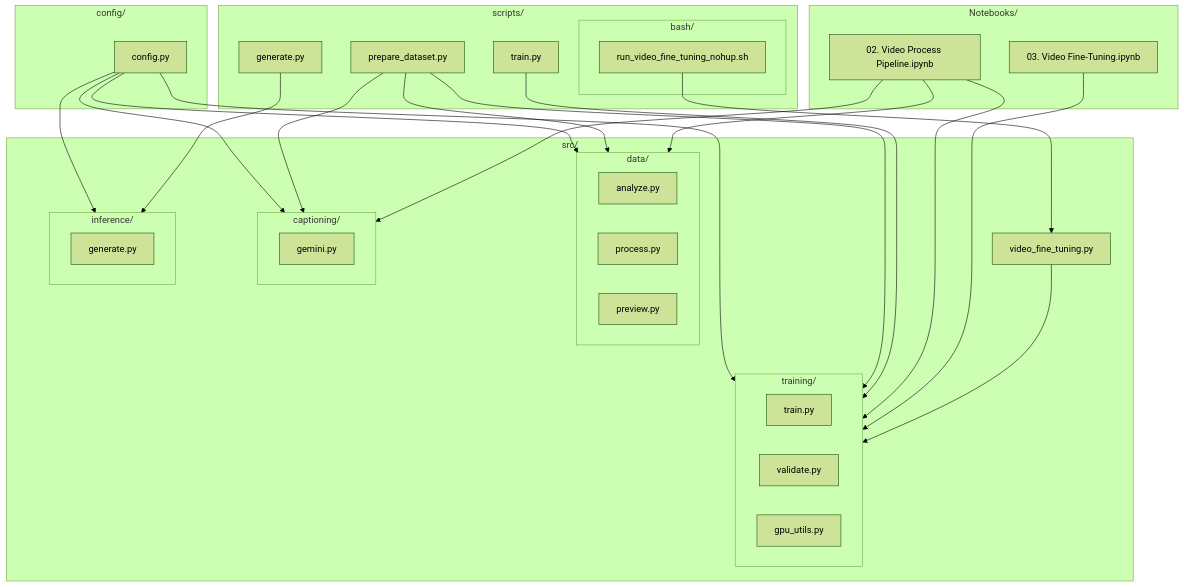
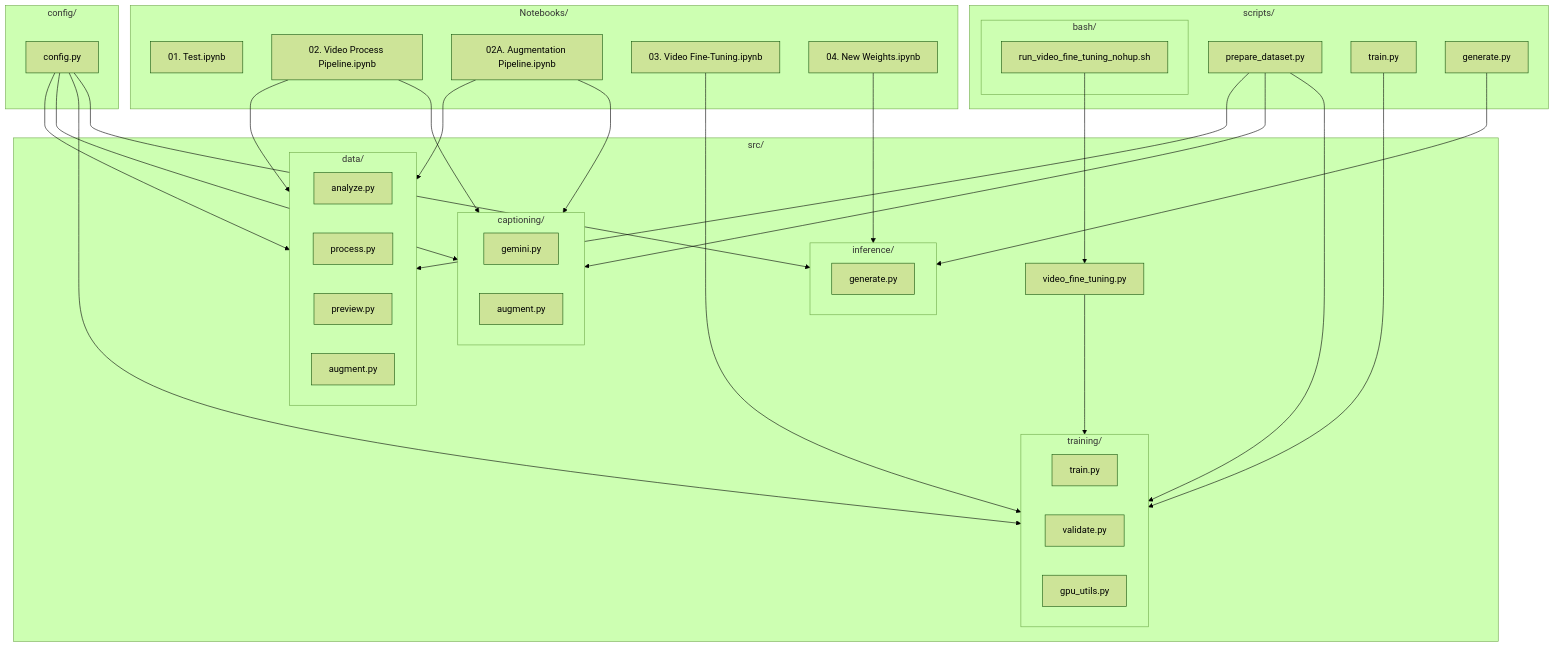
One commit to Francisco-Reveriano/MultiModal_Video_Model changed the second of 2 diagrams in README.md. Above: the diagram before and after it, drawn with Mermaid (forest theme). The commit also changed other lines of this file, not shown here.

Commit message:
Update README with augmentation pipeline, revised training config, and new notebooks

````diff
--- a/README.md
+++ b/README.md
@@ -40,56 +42,63 @@
 ```mermaid
 flowchart TD
     subgraph config_mod [config/]
         CFG[config.py]
     end
 
     subgraph src_mod [src/]
         VFT[video_fine_tuning.py]
         subgraph data_mod [data/]
             AN[analyze.py]
             PR[process.py]
             PV[preview.py]
+            AUG[augment.py]
         end
         subgraph cap_mod [captioning/]
             GE[gemini.py]
+            CA[augment.py]
         end
         subgraph train_mod [training/]
             TR[train.py]
             VA[validate.py]
             GP[gpu_utils.py]
         end
         subgraph infer_mod [inference/]
             GEN[generate.py]
         end
     end
 
     subgraph scripts_mod [scripts/]
         SPD[prepare_dataset.py]
         STR[train.py]
         SGN[generate.py]
         subgraph bash_mod [bash/]
             NOHUP[run_video_fine_tuning_nohup.sh]
         end
     end
 
     subgraph notebooks_mod [Notebooks/]
+        NB1[01. Test.ipynb]
         NB2[02. Video Process Pipeline.ipynb]
+        NB2A[02A. Augmentation Pipeline.ipynb]
         NB3[03. Video Fine-Tuning.ipynb]
+        NB4[04. New Weights.ipynb]
     end
 
     CFG --> data_mod
     CFG --> cap_mod
     CFG --> train_mod
     CFG --> infer_mod
     SPD --> data_mod
     SPD --> cap_mod
     SPD --> train_mod
     STR --> train_mod
     SGN --> infer_mod
     NB2 --> data_mod
     NB2 --> cap_mod
-    NB2 --> train_mod
+    NB2A --> data_mod
+    NB2A --> cap_mod
     NB3 --> train_mod
+    NB4 --> infer_mod
     VFT --> train_mod
     NOHUP --> VFT
 ```
````
